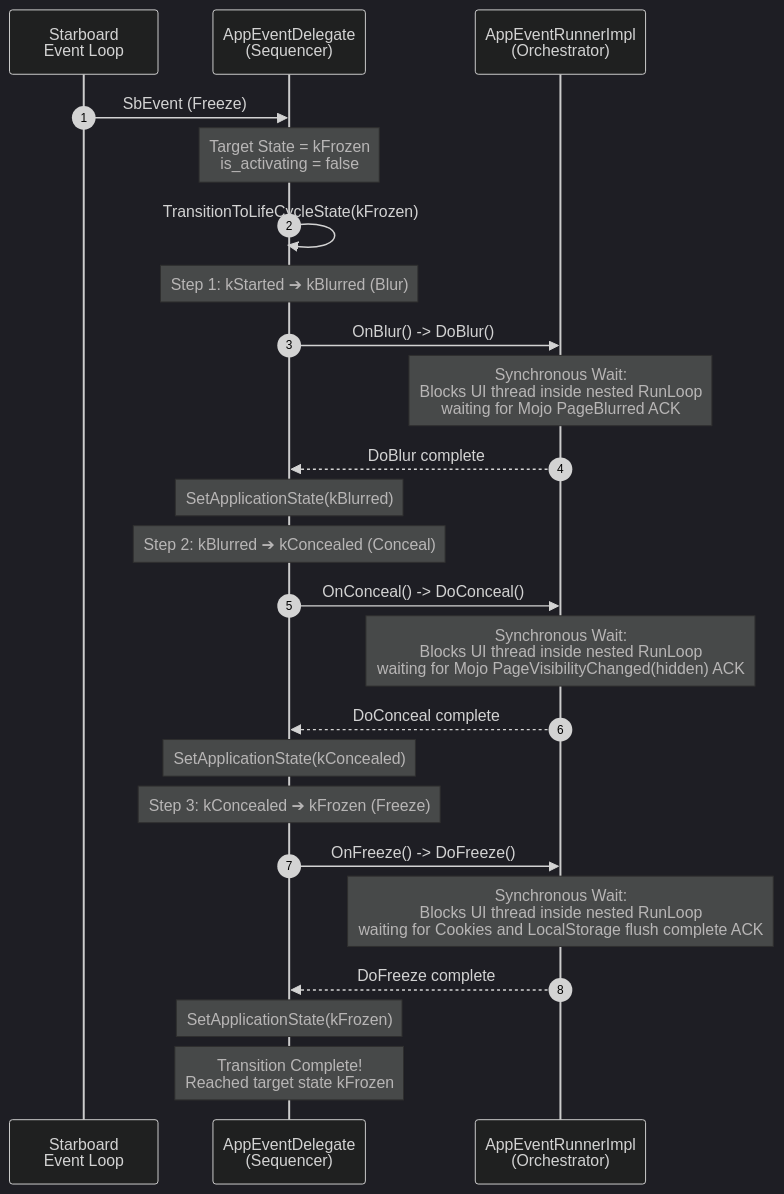
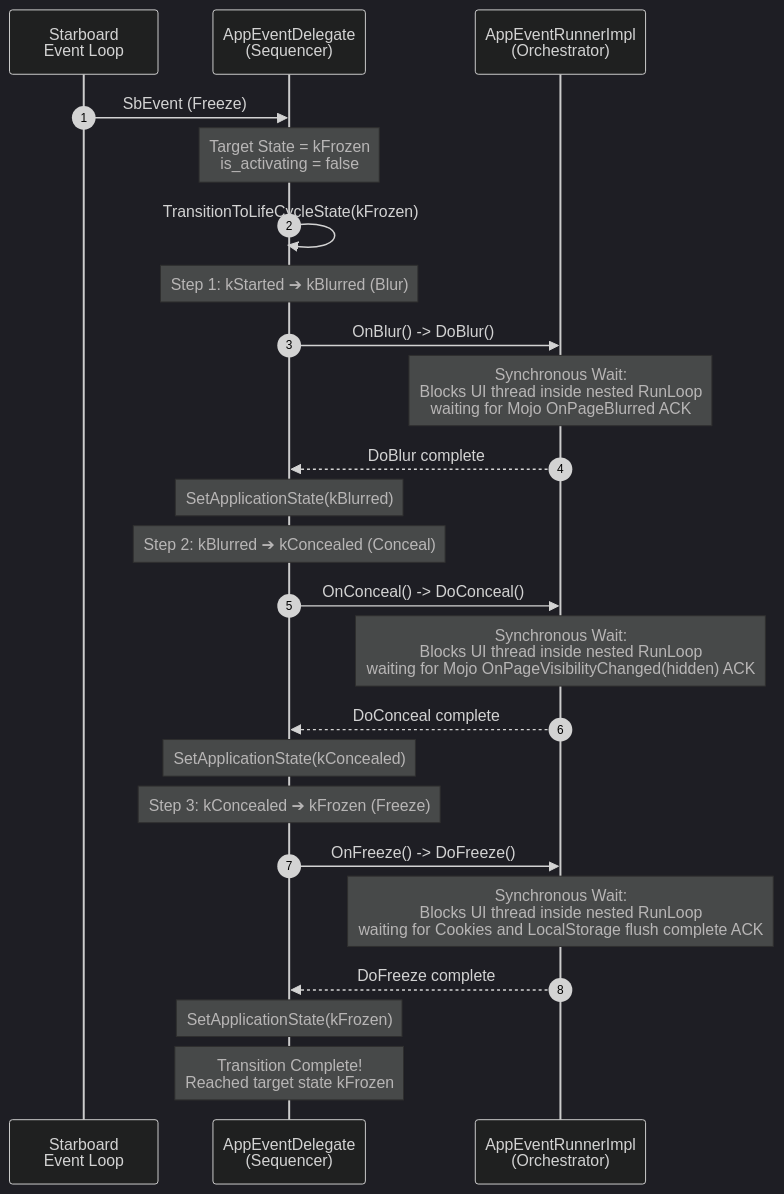
One commit to youtube/cobalt changed diagram 12 of 14 in cobalt/doc/lifecycle_internals.md. Above: the diagram before and after it, drawn with Mermaid (dark theme). The commit also changed other lines of this file and 18 other files, not shown here.

````diff
--- a/cobalt/doc/lifecycle_internals.md
+++ b/cobalt/doc/lifecycle_internals.md
@@ -470,34 +470,34 @@
 ```mermaid
 sequenceDiagram
   autonumber
   participant OS as Starboard <br/> Event Loop
   participant Delegate as AppEventDelegate <br/> (Sequencer)
   participant Runner as AppEventRunnerImpl <br/> (Orchestrator)
 
   OS->>Delegate: SbEvent (Freeze)
   Note over Delegate: Target State = kFrozen<br/>is_activating = false
   Delegate->>Delegate: TransitionToLifeCycleState(kFrozen)
 
   %% Step 1
   Note over Delegate: Step 1: kStarted ➔ kBlurred (Blur)
   Delegate->>Runner: OnBlur() -> DoBlur()
-  Note over Runner: Synchronous Wait:<br/>Blocks UI thread inside nested RunLoop<br/>waiting for Mojo PageBlurred ACK
+  Note over Runner: Synchronous Wait:<br/>Blocks UI thread inside nested RunLoop<br/>waiting for Mojo OnPageBlurred ACK
   Runner-->>Delegate: DoBlur complete
   Note over Delegate: SetApplicationState(kBlurred)
 
   %% Step 2
   Note over Delegate: Step 2: kBlurred ➔ kConcealed (Conceal)
   Delegate->>Runner: OnConceal() -> DoConceal()
-  Note over Runner: Synchronous Wait:<br/>Blocks UI thread inside nested RunLoop<br/>waiting for Mojo PageVisibilityChanged(hidden) ACK
+  Note over Runner: Synchronous Wait:<br/>Blocks UI thread inside nested RunLoop<br/>waiting for Mojo OnPageVisibilityChanged(hidden) ACK
   Runner-->>Delegate: DoConceal complete
   Note over Delegate: SetApplicationState(kConcealed)
 
   %% Step 3
   Note over Delegate: Step 3: kConcealed ➔ kFrozen (Freeze)
   Delegate->>Runner: OnFreeze() -> DoFreeze()
   Note over Runner: Synchronous Wait:<br/>Blocks UI thread inside nested RunLoop<br/>waiting for Cookies and LocalStorage flush complete ACK
   Runner-->>Delegate: DoFreeze complete
   Note over Delegate: SetApplicationState(kFrozen)
 
   Note over Delegate: Transition Complete!<br/>Reached target state kFrozen
 ```
````
